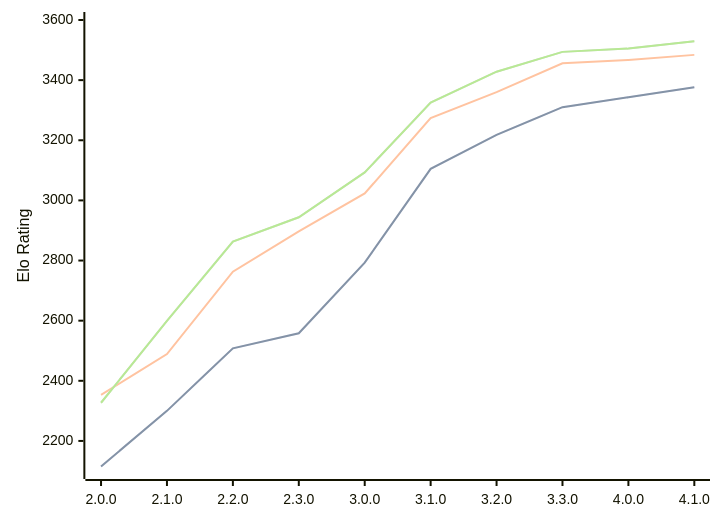
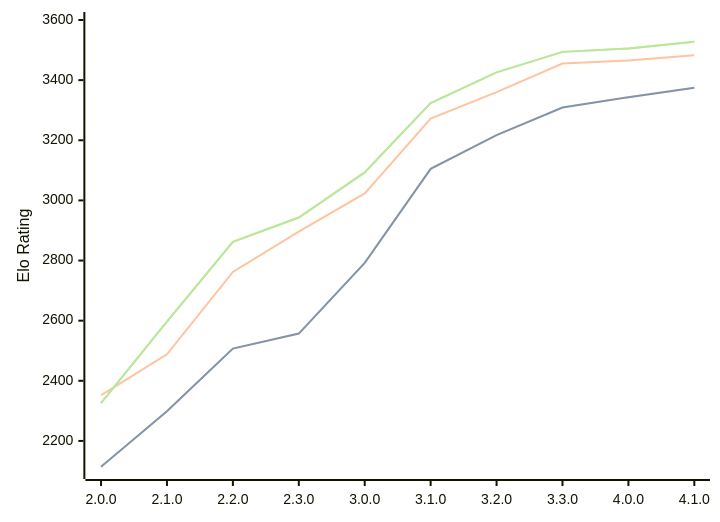
Before and after one commit to computer-chess-index/cci: the diagram in engines/Raphael.md, drawn with Mermaid. The commit also changed other lines of this file, not shown here.

Commit message:
Update CCI Ratings (ELO VLTC) - 2026-06-07

````diff
--- a/engines/Raphael.md
+++ b/engines/Raphael.md
@@ -52,11 +52,11 @@
 ```mermaid
 %%{init: {"theme":"base","themeVariables":{"seriesColors:['#a3a3a3','#222221','#faa371']}}}%%
 xychart-beta
   x-axis ["2.0.0", "2.1.0", "2.2.0", "2.3.0", "3.0.0", "3.1.0", "3.2.0", "3.3.0", "4.0.0", "4.1.0"]
   y-axis "Elo Rating" 2100 --> 3600
-  line "STC (8.0+0.08s)" [2115, 2300, 2508, 2558, 2793, 3105, 3218, 3310, 3343, 3376]
-  line "STC (8.0+0.08s)" [2115, 2300, 2508, 2558, 2793, 3105, 3218, 3310, 3343, 3376]
-  line "LTC (60.0+0.60s)" [2353, 2489, 2763, 2897, 3023, 3274, 3360, 3456, 3467, 3484]
-  line "VLTC (2m24s+1.12s)" [2327, 2599, 2863, 2944, 3093, 3325, 3428, 3494, 3505, 3529]
-  line "VLTC (2m24s+1.12s)" [2327, 2599, 2863, 2944, 3093, 3325, 3428, 3494, 3505, 3529]
+  line "STC (8.0+0.08s)" [2114, 2299, 2507, 2557, 2792, 3105, 3217, 3309, 3343, 3375]
+  line "STC (8.0+0.08s)" [2114, 2299, 2507, 2557, 2792, 3105, 3217, 3309, 3343, 3375]
+  line "LTC (60.0+0.60s)" [2352, 2488, 2762, 2896, 3023, 3272, 3360, 3455, 3465, 3483]
+  line "VLTC (2m24s+1.12s)" [2326, 2597, 2862, 2943, 3093, 3324, 3426, 3494, 3505, 3528]
+  line "VLTC (2m24s+1.12s)" [2326, 2597, 2862, 2943, 3093, 3324, 3426, 3494, 3505, 3528]
 ```
````
